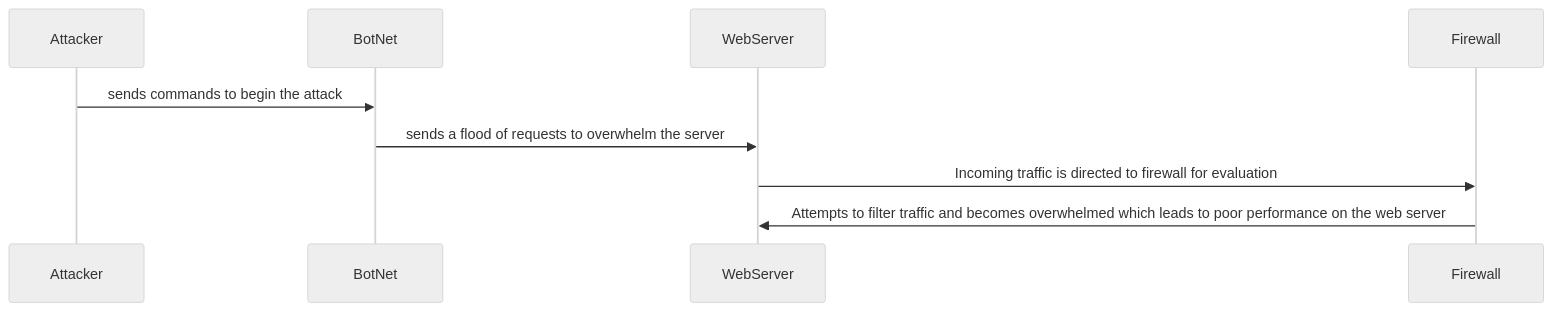
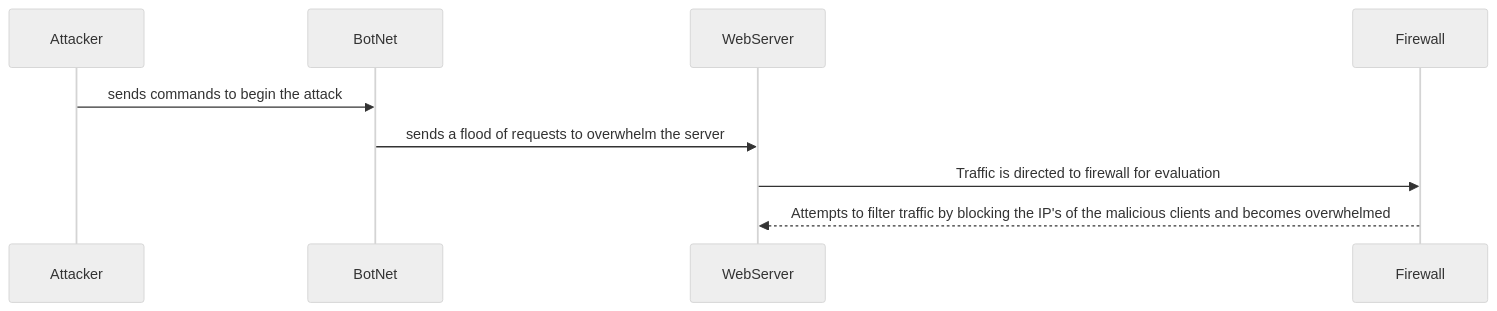
Before and after one commit to riptom31/riptom31.github.io: the diagram in DDoS_Attack_Sequence.md, drawn with Mermaid (neutral theme). The commit also changed other lines of this file, not shown here.

Commit message:
DDos_Attack_Sequence.md

````diff
--- a/DDoS_Attack_Sequence.md
+++ b/DDoS_Attack_Sequence.md
@@ -1,12 +1,12 @@
 ```mermaid
 sequenceDiagram
     participant Attacker
     participant BotNet
     participant WebServer
     participant Firewall
 
 Attacker->>BotNet: sends commands to begin the attack  
 BotNet->>WebServer: sends a flood of requests to overwhelm the server  
-WebServer->>Firewall: Incoming traffic is directed to firewall for evaluation 
-Firewall->>WebServer: Attempts to filter traffic and becomes overwhelmed which leads to poor performance on the web server 
+WebServer->>Firewall: Traffic is directed to firewall for evaluation
+Firewall-->>WebServer: Attempts to filter traffic by blocking the IP's of the malicious clients and becomes overwhelmed
 ``` 
````
